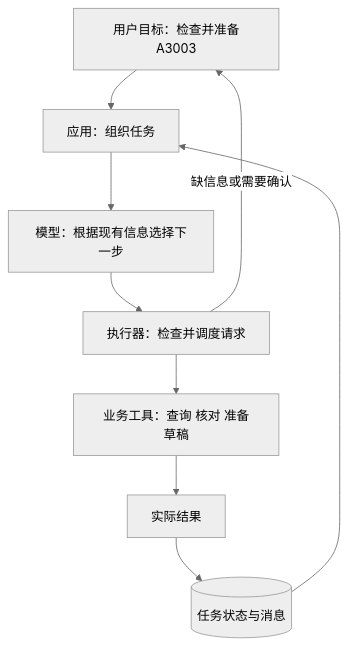
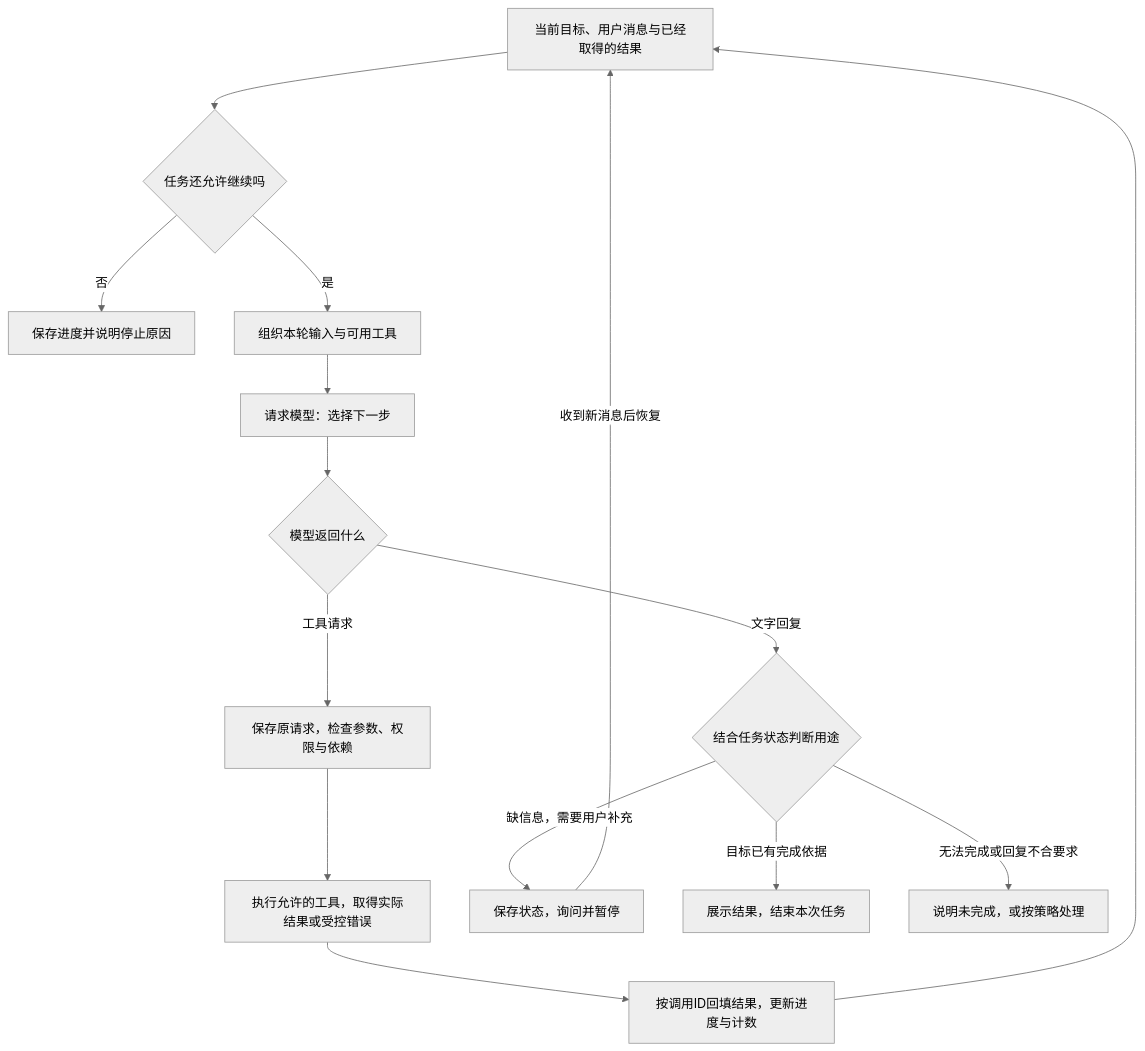
One commit to benx92/ai-learning-notes changed the first of 5 diagrams in 17-Agent入门让模型自己规划并使用工具.md. Above: the diagram before and after it, drawn with Mermaid (neutral theme). The commit also changed other lines of this file and 76 other files, not shown here.

````diff
--- a/17-Agent入门让模型自己规划并使用工具.md
+++ b/17-Agent入门让模型自己规划并使用工具.md
@@ -26,11 +43,17 @@
 ```mermaid
 flowchart TD
-    U[用户目标：检查并准备A3003] --> H[应用：组织任务]
-    H --> M[模型：根据现有信息选择下一步]
-    M --> E[执行器：检查并调度请求]
-    E --> T[业务工具：查询 核对 准备草稿]
-    T --> R[实际结果]
-    R --> S[(任务状态与消息)]
-    S --> H
-    E -->|缺信息或需要确认| U
+    A[当前目标、用户消息与已经取得的结果] --> B{任务还允许继续吗}
+    B -->|否| X[保存进度并说明停止原因]
+    B -->|是| C[组织本轮输入与可用工具]
+    C --> M[请求模型：选择下一步]
+    M --> D{模型返回什么}
+    D -->|工具请求| E[保存原请求，检查参数、权限与依赖]
+    E --> T[执行允许的工具，取得实际结果或受控错误]
+    T --> R[按调用ID回填结果，更新进度与计数]
+    R --> A
+    D -->|文字回复| F{结合任务状态判断用途}
+    F -->|缺信息，需要用户补充| W[保存状态，询问并暂停]
+    F -->|目标已有完成依据| Y[展示结果，结束本次任务]
+    F -->|无法完成或回复不合要求| Z[说明未完成，或按策略处理]
+    W -->|收到新消息后恢复| A
 ```
````
